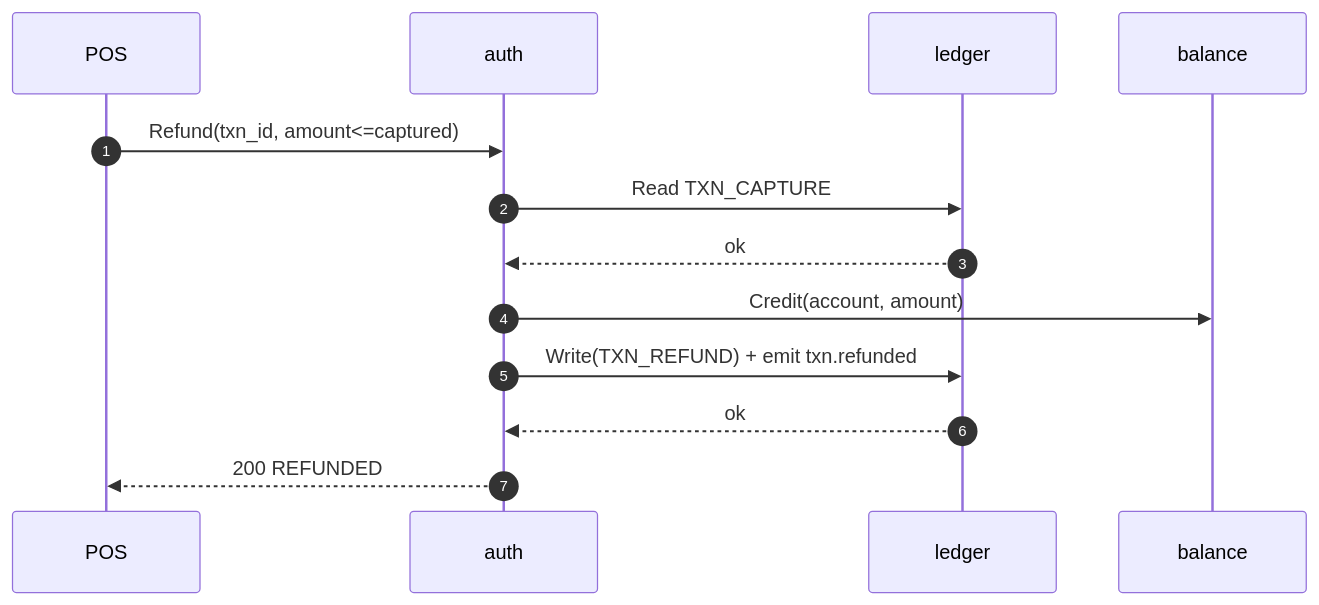
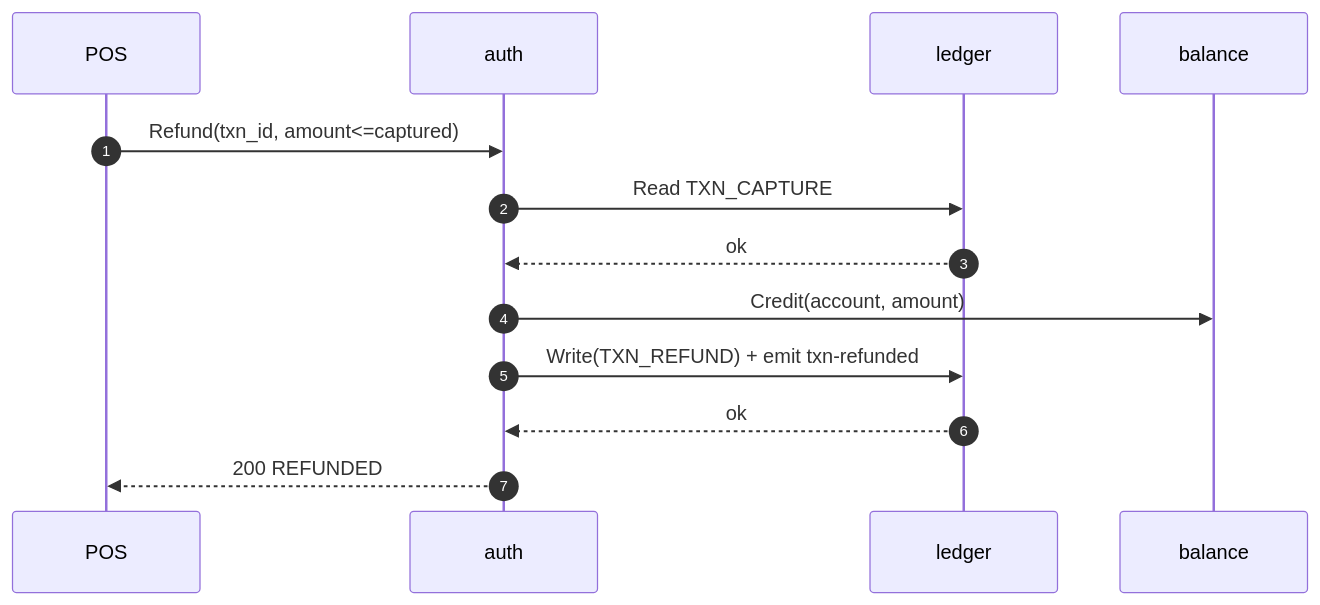
The seventh of 15 diagrams in design_doc.md (kumarabhik/Credit_Card), drawn with Mermaid before and after one commit. The commit also changed other lines of this file and 76 other files, not shown here.

````diff
--- a/design_doc.md
+++ b/design_doc.md
@@ -1061,16 +1061,16 @@
 ```mermaid
 sequenceDiagram
     autonumber
     participant POS
     participant A as auth
     participant L as ledger
     participant B as balance
 
     POS->>A: Refund(txn_id, amount<=captured)
     A->>L: Read TXN_CAPTURE
     L-->>A: ok
     A->>B: Credit(account, amount)
-    A->>L: Write(TXN_REFUND) + emit txn.refunded
+    A->>L: Write(TXN_REFUND) + emit txn-refunded
     L-->>A: ok
     A-->>POS: 200 REFUNDED
 ```
````
